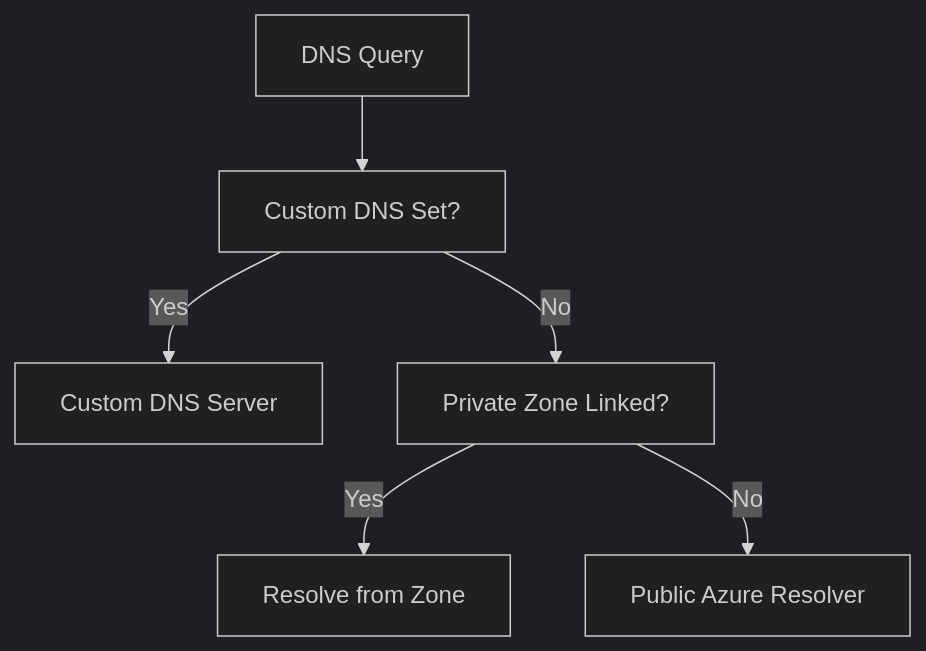
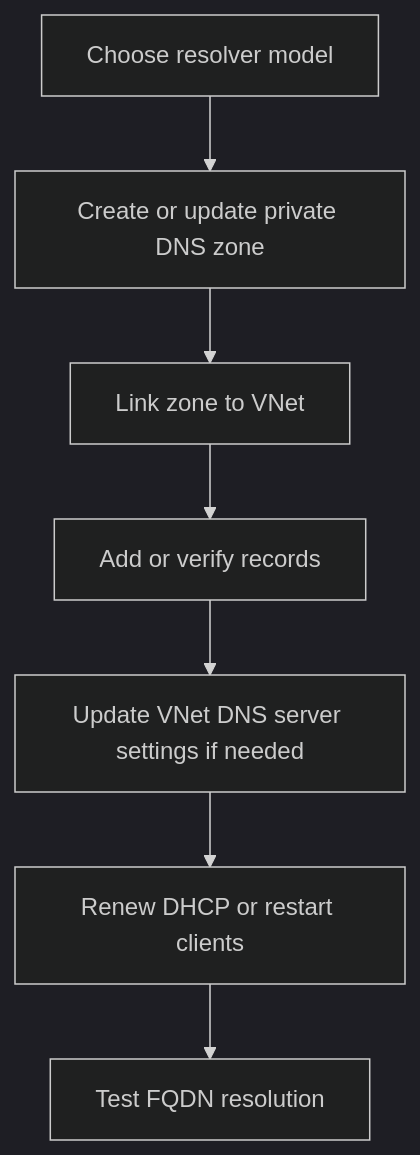
Before and after one commit to yeongseon/azure-networking-practical-guide: the diagram in docs/operations/configure-dns.md, drawn with Mermaid (dark theme). The commit also changed other lines of this file and 10 other files, not shown here.

````diff
--- a/docs/operations/configure-dns.md
+++ b/docs/operations/configure-dns.md
@@ -39,8 +43,9 @@
 ```mermaid
-graph TD
-    Query[DNS Query] --> Custom[Custom DNS Set?]
-    Custom -- Yes --> Server[Custom DNS Server]
-    Custom -- No --> Private[Private Zone Linked?]
-    Private -- Yes --> Record[Resolve from Zone]
-    Private -- No --> Public[Public Azure Resolver]
+flowchart TD
+    A[Choose resolver model] --> B[Create or update private DNS zone]
+    B --> C[Link zone to VNet]
+    C --> D[Add or verify records]
+    D --> E[Update VNet DNS server settings if needed]
+    E --> F[Renew DHCP or restart clients]
+    F --> G[Test FQDN resolution]
 ```
````
